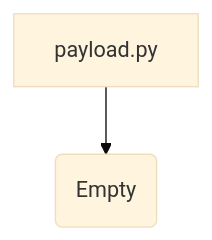
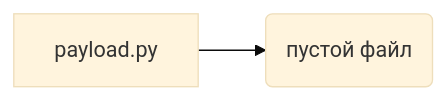
The diagram in docs/gemini/ru/explainer/src/gui/openai_trаigner/payload.md (hypo69/hypo), drawn with Mermaid (base theme) before and after one commit. The commit also changed other lines of this file and 468 other files, not shown here.

````diff
--- a/docs/gemini/ru/explainer/src/gui/openai_trаigner/payload.md
+++ b/docs/gemini/ru/explainer/src/gui/openai_trаigner/payload.md
@@ -50,4 +50,4 @@
 ```mermaid
-graph TD
-    A[payload.py] --> B(Empty);
+graph LR
+    A[payload.py] --> B(пустой файл);
 ```
````
